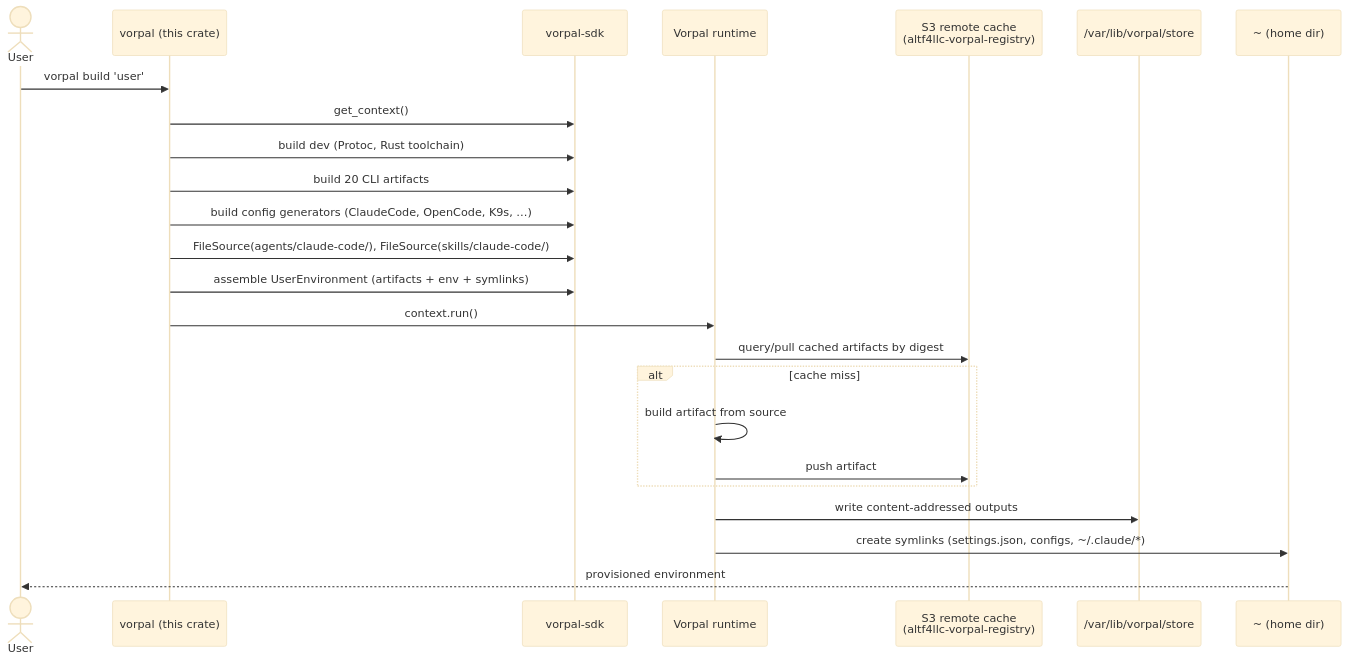
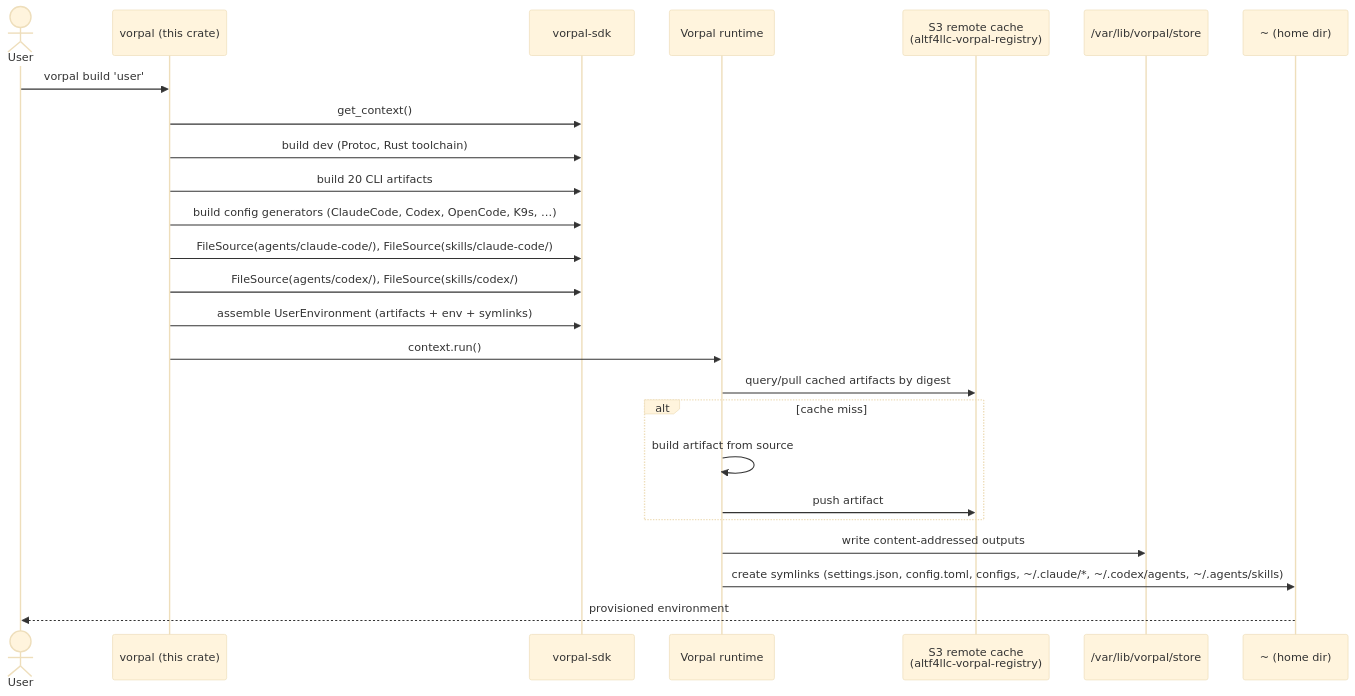
The second of 2 diagrams in docs/spec/architecture.md (ALT-F4-LLC/dotfiles.vorpal), drawn with Mermaid (base theme) before and after one commit. The commit also changed other lines of this file and 27 other files, not shown here.

````diff
--- a/docs/spec/architecture.md
+++ b/docs/spec/architecture.md
@@ -120,27 +122,28 @@
 ```mermaid
 sequenceDiagram
     actor User
     participant Bin as vorpal (this crate)
     participant SDK as vorpal-sdk
     participant RT as Vorpal runtime
     participant S3 as S3 remote cache<br/>(altf4llc-vorpal-registry)
     participant Store as /var/lib/vorpal/store
     participant Home as ~ (home dir)
 
     User->>Bin: vorpal build 'user'
     Bin->>SDK: get_context()
     Bin->>SDK: build dev (Protoc, Rust toolchain)
     Bin->>SDK: build 20 CLI artifacts
-    Bin->>SDK: build config generators (ClaudeCode, OpenCode, K9s, …)
+    Bin->>SDK: build config generators (ClaudeCode, Codex, OpenCode, K9s, …)
     Bin->>SDK: FileSource(agents/claude-code/), FileSource(skills/claude-code/)
+    Bin->>SDK: FileSource(agents/codex/), FileSource(skills/codex/)
     Bin->>SDK: assemble UserEnvironment (artifacts + env + symlinks)
     Bin->>RT: context.run()
     RT->>S3: query/pull cached artifacts by digest
     alt cache miss
         RT->>RT: build artifact from source
         RT->>S3: push artifact
     end
     RT->>Store: write content-addressed outputs
-    RT->>Home: create symlinks (settings.json, configs, ~/.claude/*)
+    RT->>Home: create symlinks (settings.json, config.toml, configs, ~/.claude/*, ~/.codex/agents, ~/.agents/skills)
     Home-->>User: provisioned environment
 ```
````
